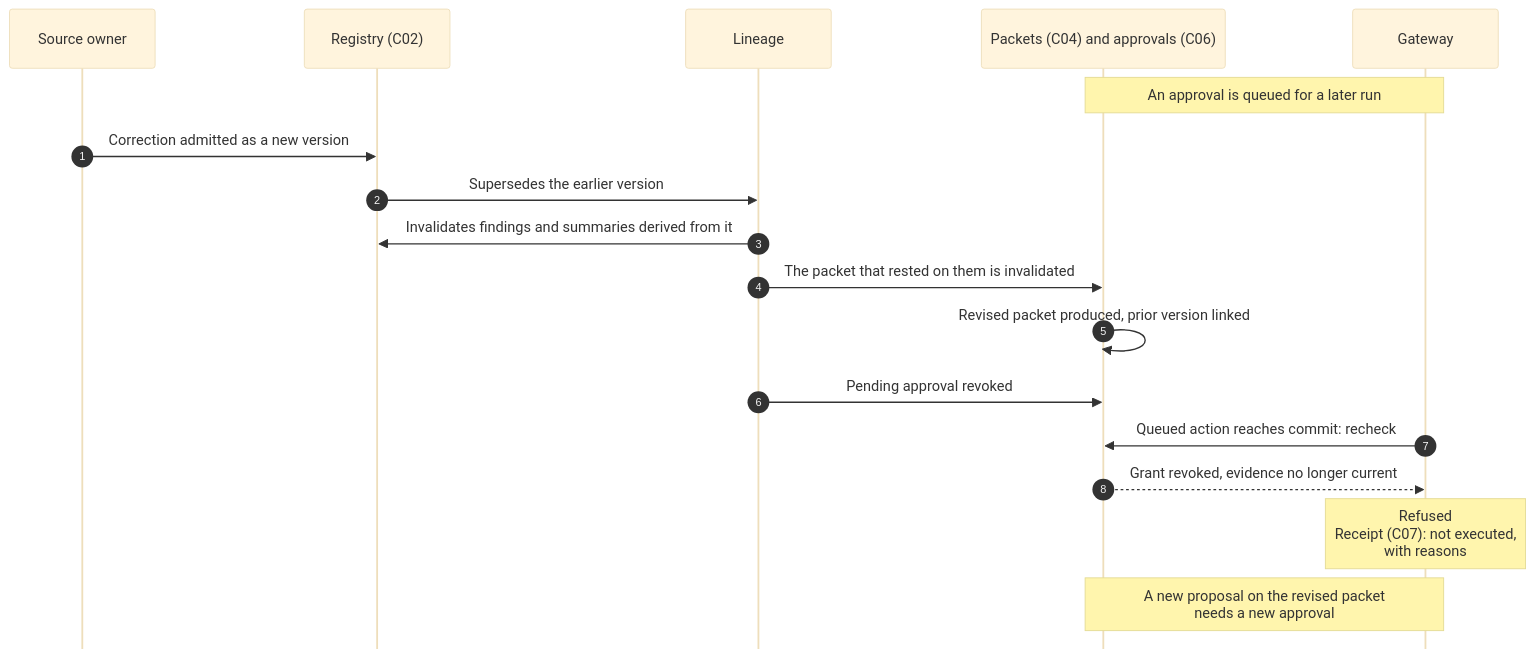
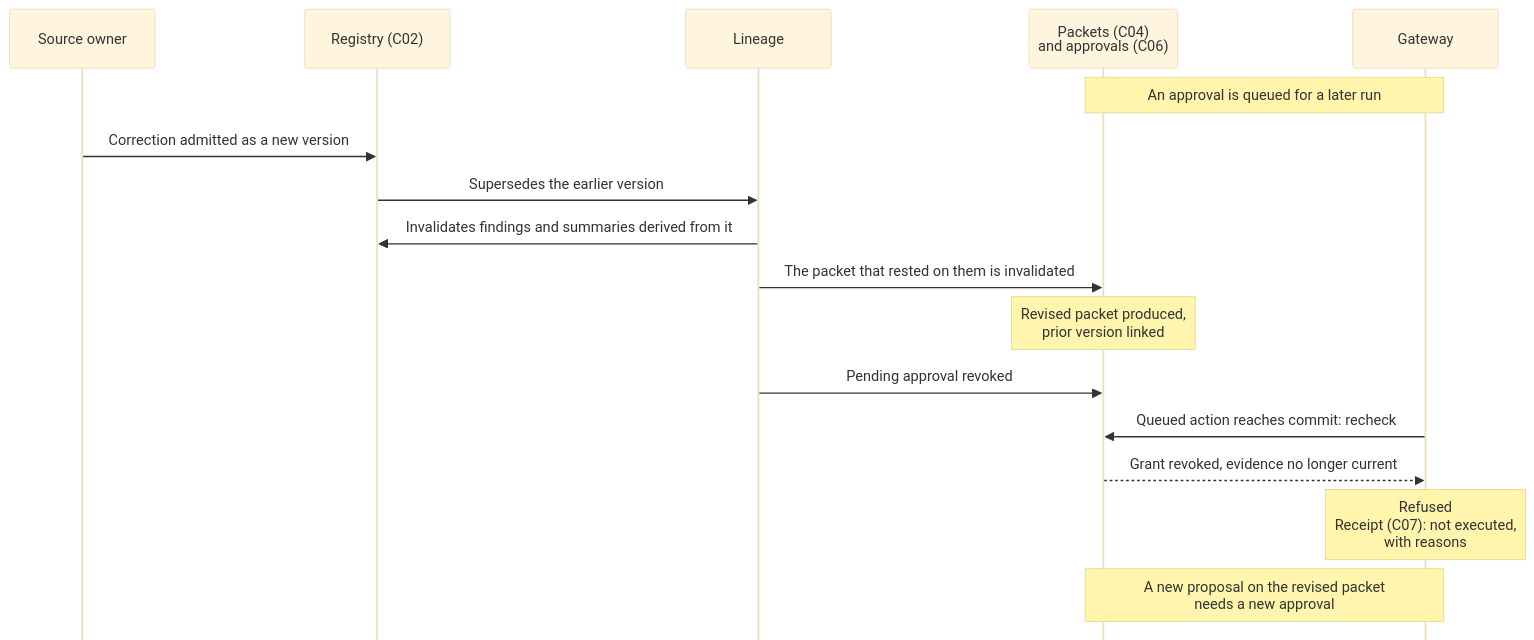
Before and after one commit to andygeorgi/evidence-at-human-scale: the diagram in figures/src/F10.mmd, drawn with Mermaid (base theme). The commit also changed 45 other files, not shown here.

```diff
--- a/figures/src/F10.mmd
+++ b/figures/src/F10.mmd
@@ -1,21 +1,20 @@
 %%{init: {"sequence": {"actorMargin": 40, "width": 160, "messageMargin": 30, "mirrorActors": false}}}%%
 sequenceDiagram
     accTitle: A late correction reaches a pending approval
     accDescr: After an approval is queued, a corrected source record is admitted. It supersedes the earlier version and invalidates what was derived from it. The packet that rested on those derivatives is invalidated, a revised packet is produced and the pending approval is revoked. When the queued action reaches the gateway it is refused because the grant is revoked and the evidence is no longer current, and a not-executed receipt records why. A new proposal on the revised packet needs a new approval.
-    autonumber
     participant S as Source owner
     participant E as Registry (C02)
     participant L as Lineage
-    participant P as Packets (C04) and approvals (C06)
+    participant P as Packets (C04)<br/>and approvals (C06)
     participant G as Gateway
     Note over P,G: An approval is queued for a later run
     S->>E: Correction admitted as a new version
     E->>L: Supersedes the earlier version
     L->>E: Invalidates findings and summaries derived from it
     L->>P: The packet that rested on them is invalidated
-    P->>P: Revised packet produced, prior version linked
+    Note over P: Revised packet produced,<br/>prior version linked
     L->>P: Pending approval revoked
     G->>P: Queued action reaches commit: recheck
     P-->>G: Grant revoked, evidence no longer current
     Note over G: Refused<br/>Receipt (C07): not executed,<br/>with reasons
     Note over P,G: A new proposal on the revised packet<br/>needs a new approval
```
